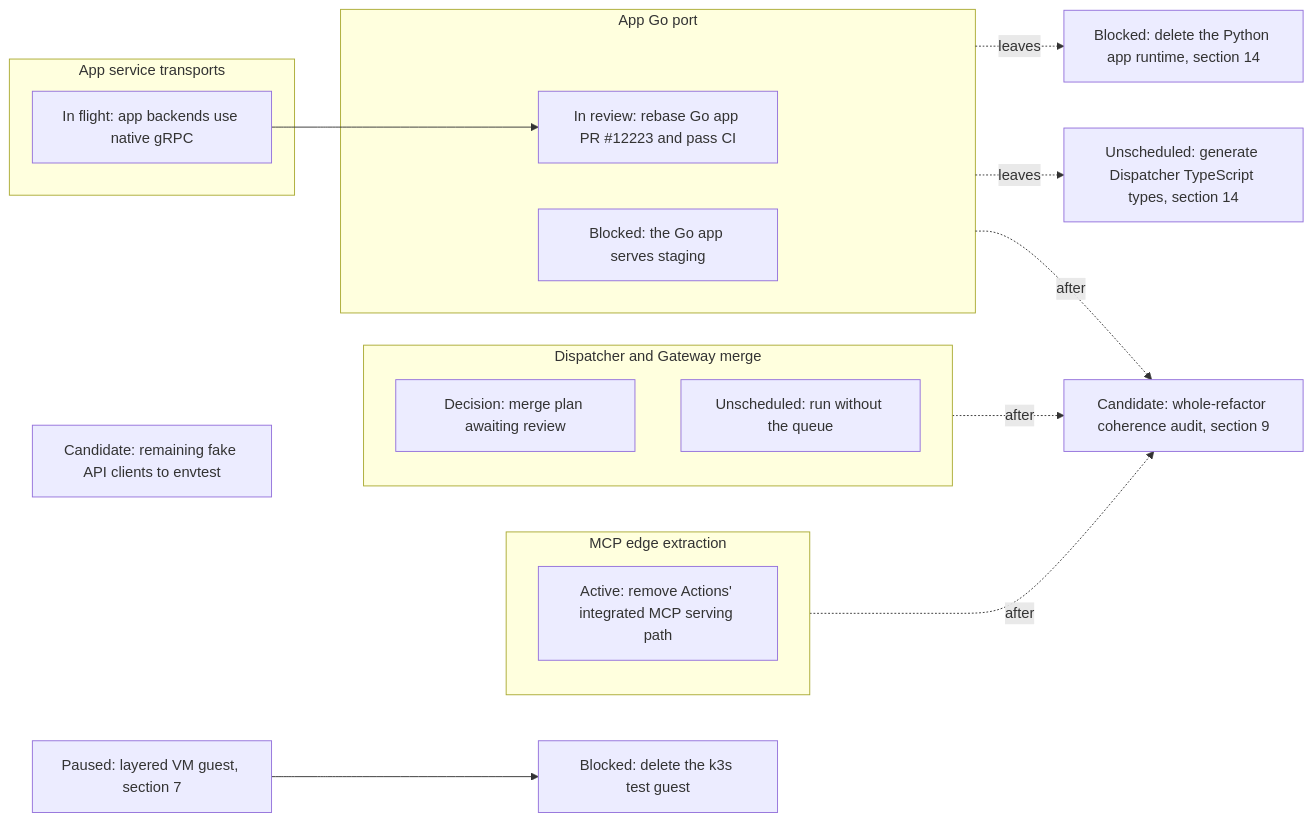
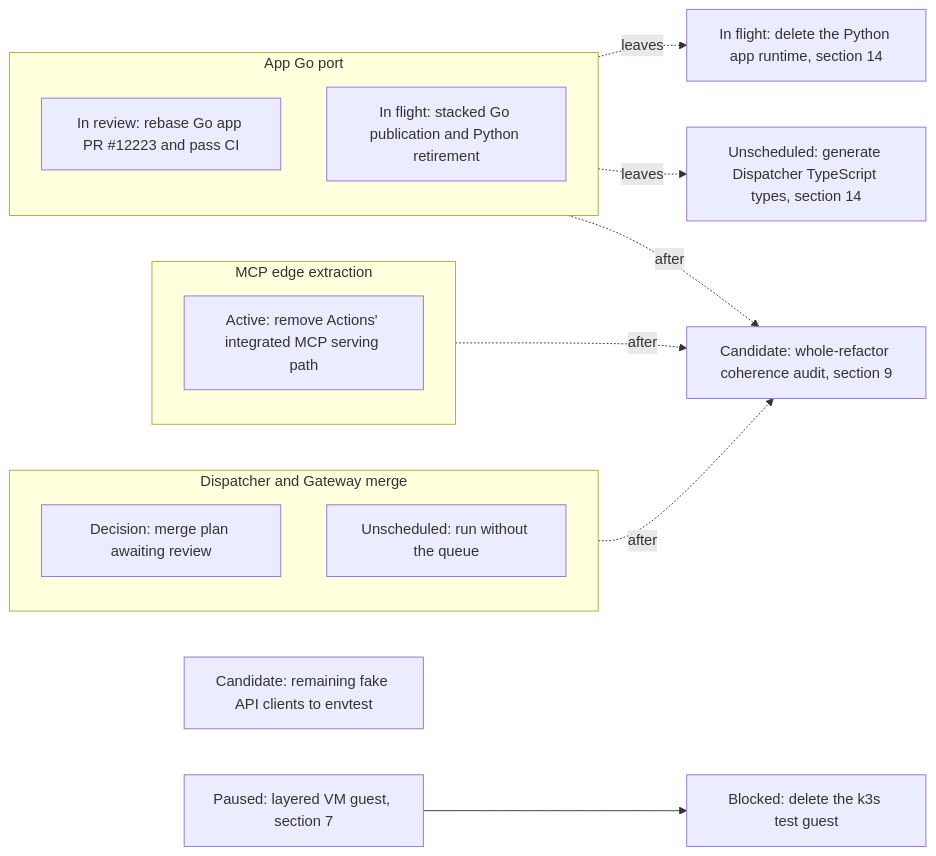
The first of 19 diagrams in agentplane/plans/task_dag.md (agentydragon-agent/ducktape), drawn with Mermaid before and after one commit. The commit also changed other lines of this file and 205 other files, not shown here.

Commit message:
Deploy the Go integration app and retire the Python runtime

````diff
--- a/agentplane/plans/task_dag.md
+++ b/agentplane/plans/task_dag.md
@@ -32,25 +32,21 @@
 ```mermaid
 flowchart LR
     subgraph ACTION_TRACK[MCP edge extraction]
         ACTION_MCP_EDGE_SPLIT[Active: remove Actions' integrated MCP serving path]
     end
     subgraph DISPATCH_TRACK[Dispatcher and Gateway merge]
         DISPATCHER_PERSISTENCE_MODEL_DESIGN[Decision: merge plan awaiting review]
         DISPATCHER_QUEUE_OPTIONAL[Unscheduled: run without the queue]
     end
-    subgraph APP_TRANSPORT_TRACK[App service transports]
-        APP_HTTP_GRPC_BOUNDARY[In flight: app backends use native gRPC]
-    end
     subgraph APP_GO_TRACK[App Go port]
         APP_GO_PORT_CATCHUP[In review: rebase Go app PR #12223 and pass CI]
-        APP_GO_CUTOVER[Blocked: the Go app serves staging]
+        APP_GO_CUTOVER[In flight: stacked Go publication and Python retirement]
     end
-    APP_HTTP_GRPC_BOUNDARY --> APP_GO_PORT_CATCHUP
-    APP_GO_TRACK -. leaves .-> APP_PYTHON_RETIRE[Blocked: delete the Python app runtime, section 14]
+    APP_GO_TRACK -. leaves .-> APP_PYTHON_RETIRE[In flight: delete the Python app runtime, section 14]
     APP_GO_TRACK -. leaves .-> APP_DISPATCHER_TS_TYPES[Unscheduled: generate Dispatcher TypeScript types, section 14]
     FAKE_CLIENTS_TO_ENVTEST[Candidate: remaining fake API clients to envtest]
     RUNNER_LAYERING_VM[Paused: layered VM guest, section 7] --> K3S_TEST_GUEST_RETIRE[Blocked: delete the k3s test guest]
     ACTION_TRACK -. after .-> REFACTOR_COHERENCE_AUDIT[Candidate: whole-refactor coherence audit, section 9]
     DISPATCH_TRACK -. after .-> REFACTOR_COHERENCE_AUDIT
     APP_GO_TRACK -. after .-> REFACTOR_COHERENCE_AUDIT
 ```
````
